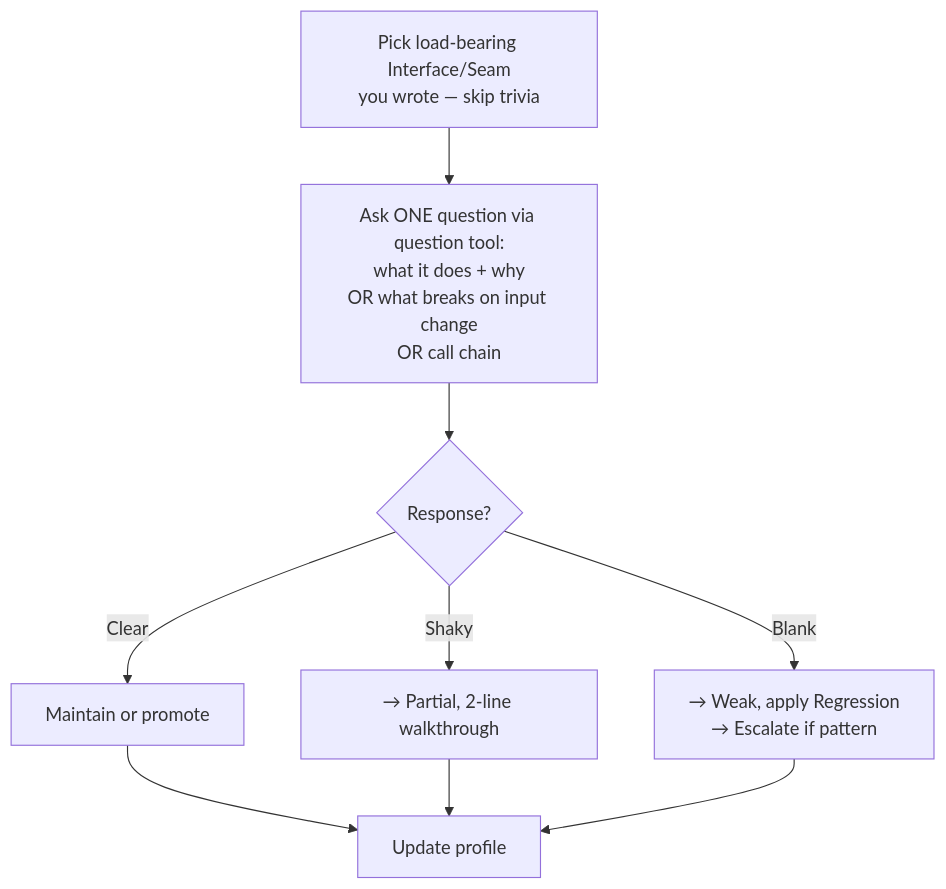
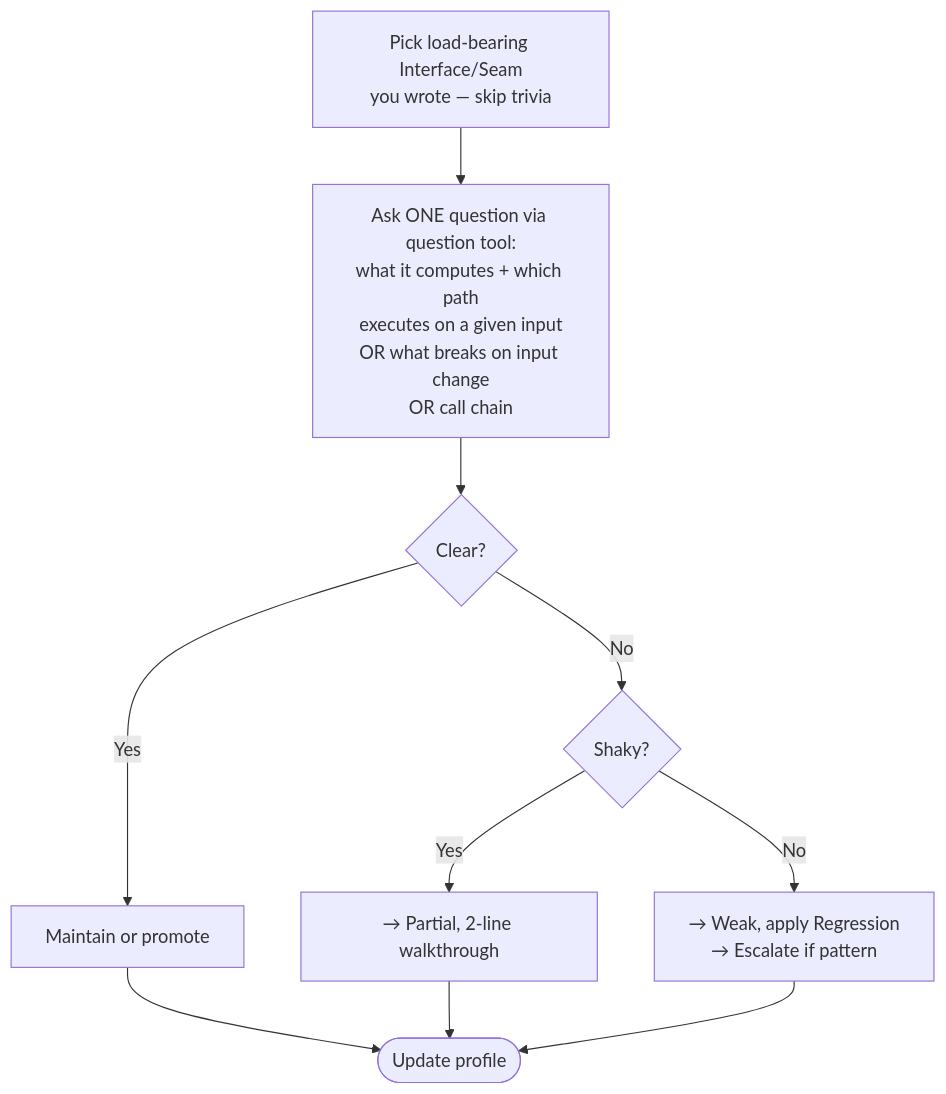
Before and after one commit to MegaByteMark/skills-to-pay-the-ai-bills: the fifth of 5 diagrams in skills/vibe-code-antidote/SKILL.md, drawn with Mermaid. The commit also changed other lines of this file and 2 other files, not shown here.

First line of the commit message:
fix: harden vibe-code-antidote diagrams, log schema, and escalation counters

````diff
--- a/skills/vibe-code-antidote/SKILL.md
+++ b/skills/vibe-code-antidote/SKILL.md
@@ -133,12 +140,12 @@
 ```mermaid
 flowchart TD
-    PICK[Pick load-bearing Interface/Seam<br>you wrote — skip trivia]
-    PICK --> ASK[Ask ONE question via question tool:<br>what it does + why<br>OR what breaks on input change<br>OR call chain]
-    ASK --> ASSESS{Response?}
-    ASSESS -->|Clear| PROM[Maintain or promote]
-    ASSESS -->|Shaky| PART[→ Partial, 2-line walkthrough]
-    ASSESS -->|Blank| WEAK[→ Weak, apply Regression<br>→ Escalate if pattern]
-    PROM --> DONE[Update profile]
+    PICK[Pick load-bearing Interface/Seam<br>you wrote — skip trivia] --> ASK[Ask ONE question via question tool:<br>what it computes + which path<br>executes on a given input<br>OR what breaks on input change<br>OR call chain]
+    ASK --> ASSESS{Clear?}
+    ASSESS -->|Yes| PROM[Maintain or promote]
+    ASSESS -->|No| SHAKY{Shaky?}
+    SHAKY -->|Yes| PART[→ Partial, 2-line walkthrough]
+    SHAKY -->|No| WEAK[→ Weak, apply Regression<br>→ Escalate if pattern]
+    PROM --> DONE([Update profile])
     PART --> DONE
     WEAK --> DONE
 ```
````
